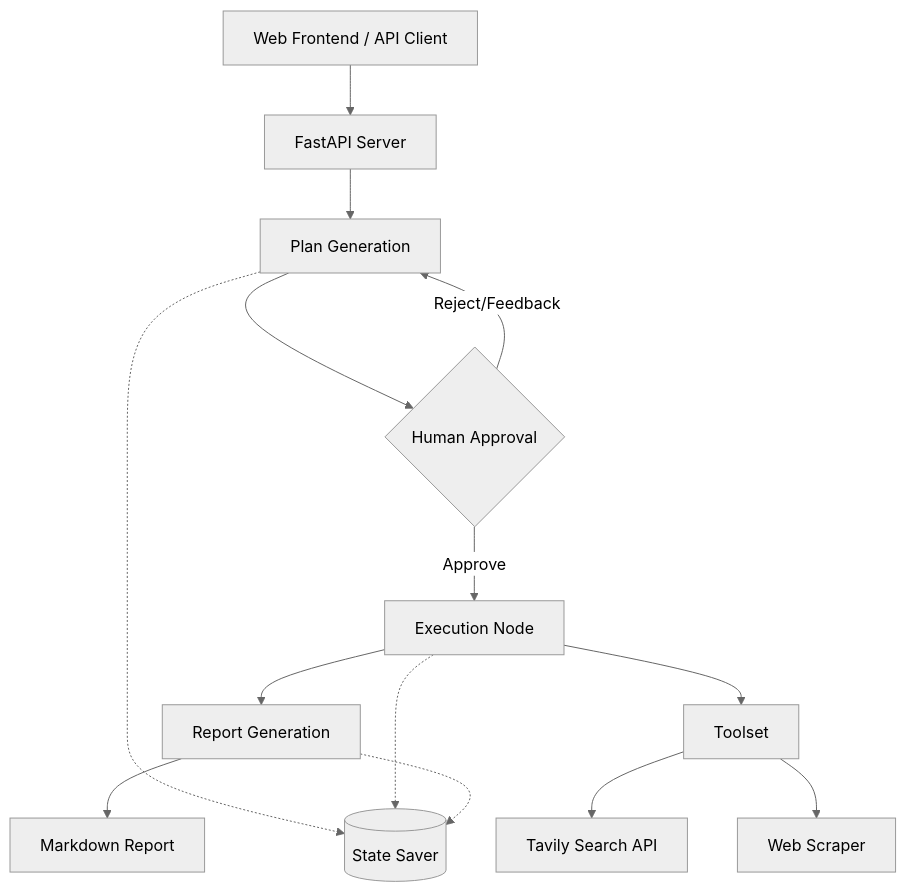
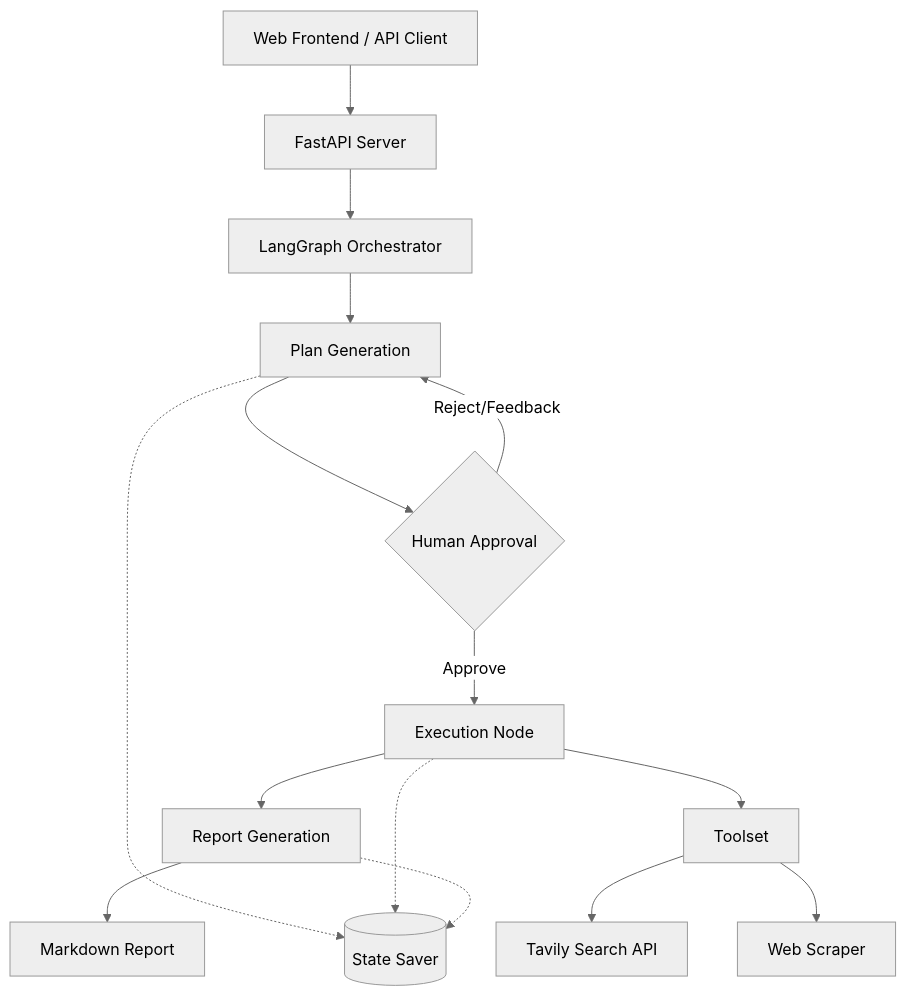
The diagram in docs/architecture.md (changflow/deep-research-agent), drawn with Mermaid (neutral theme) before and after one commit. The commit also changed other lines of this file and 61 other files, not shown here.

````diff
--- a/docs/architecture.md
+++ b/docs/architecture.md
@@ -11,25 +29,26 @@
 ```mermaid
 graph TD
     %% === Interface ===
     Client[Web Frontend / API Client] --> API[FastAPI Server]
 
     %% === Agent Core ===
-    API --> Plan[Plan Generation]
+    API --> Graph[LangGraph Orchestrator]
+    Graph --> Plan[Plan Generation]
     Plan --> Human{Human Approval}
     Human -- "Approve" --> Exec[Execution Node]
     Human -- "Reject/Feedback" --> Plan
     Exec --> Report[Report Generation]
 
     %% === Tools ===
     Exec --> Tools[Toolset]
     Tools --> Search[Tavily Search API]
     Tools --> Scraper[Web Scraper]
 
     %% === Output & State ===
     Report --> Output[Markdown Report]
     Memory[(State Saver)]
     Plan -.-> Memory
     Exec -.-> Memory
     Report -.-> Memory
 
 ```
````
